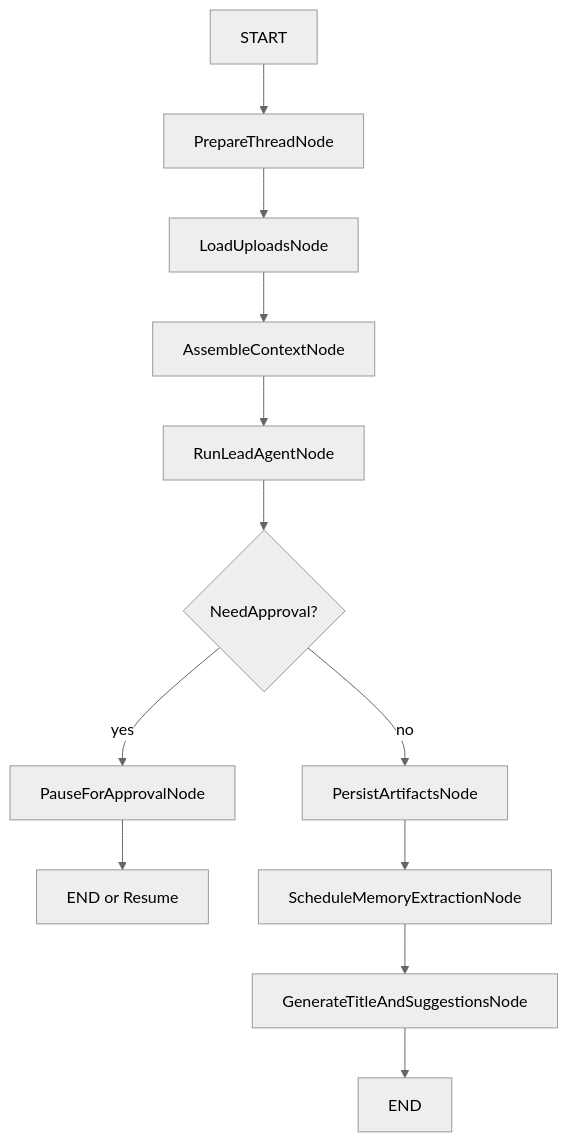
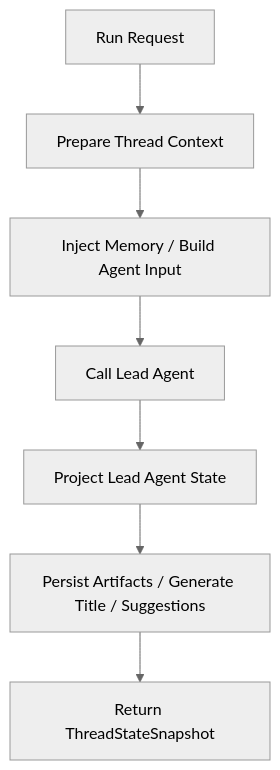
The second of 2 diagrams in docs/java-deerflow/03-architecture.md (shihaoxiong/mai), drawn with Mermaid (neutral theme) before and after one commit. The commit also changed other lines of this file and 13 other files, not shown here.

Commit message:
feat: add lead agent prompt context and clarification flow

````diff
--- a/docs/java-deerflow/03-architecture.md
+++ b/docs/java-deerflow/03-architecture.md
@@ -180,14 +179,9 @@
 ```mermaid
 flowchart TD
-    A["START"] --> B["PrepareThreadNode"]
-    B --> C["LoadUploadsNode"]
-    C --> D["AssembleContextNode"]
-    D --> E["RunLeadAgentNode"]
-    E --> F{"NeedApproval?"}
-    F -- "yes" --> G["PauseForApprovalNode"]
-    F -- "no" --> H["PersistArtifactsNode"]
-    G --> I["END or Resume"]
-    H --> J["ScheduleMemoryExtractionNode"]
-    J --> K["GenerateTitleAndSuggestionsNode"]
-    K --> L["END"]
+    A["Run Request"] --> B["Prepare Thread Context"]
+    B --> C["Inject Memory / Build Agent Input"]
+    C --> D["Call Lead Agent"]
+    D --> E["Project Lead Agent State"]
+    E --> F["Persist Artifacts / Generate Title / Suggestions"]
+    F --> G["Return ThreadStateSnapshot"]
 ```
````
